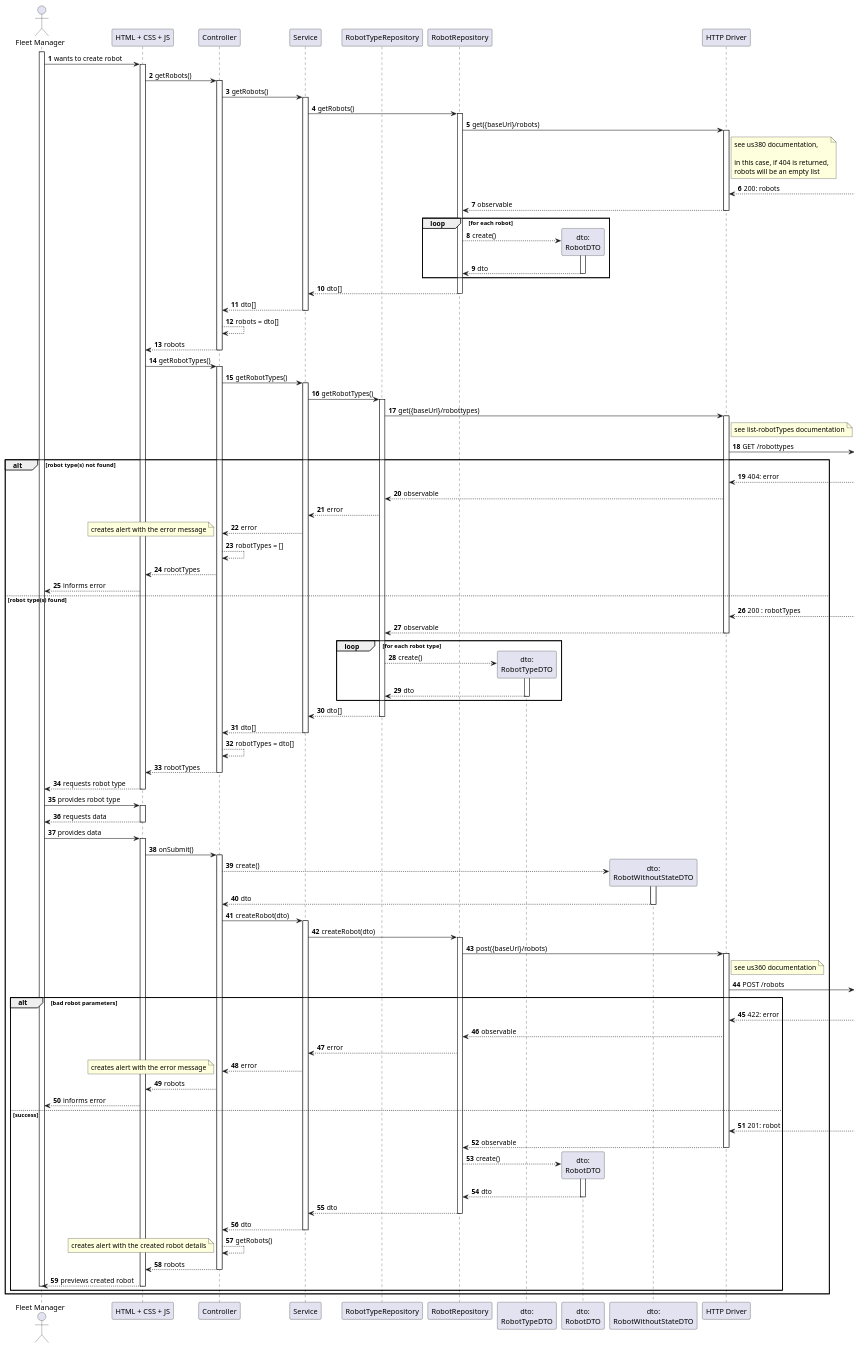
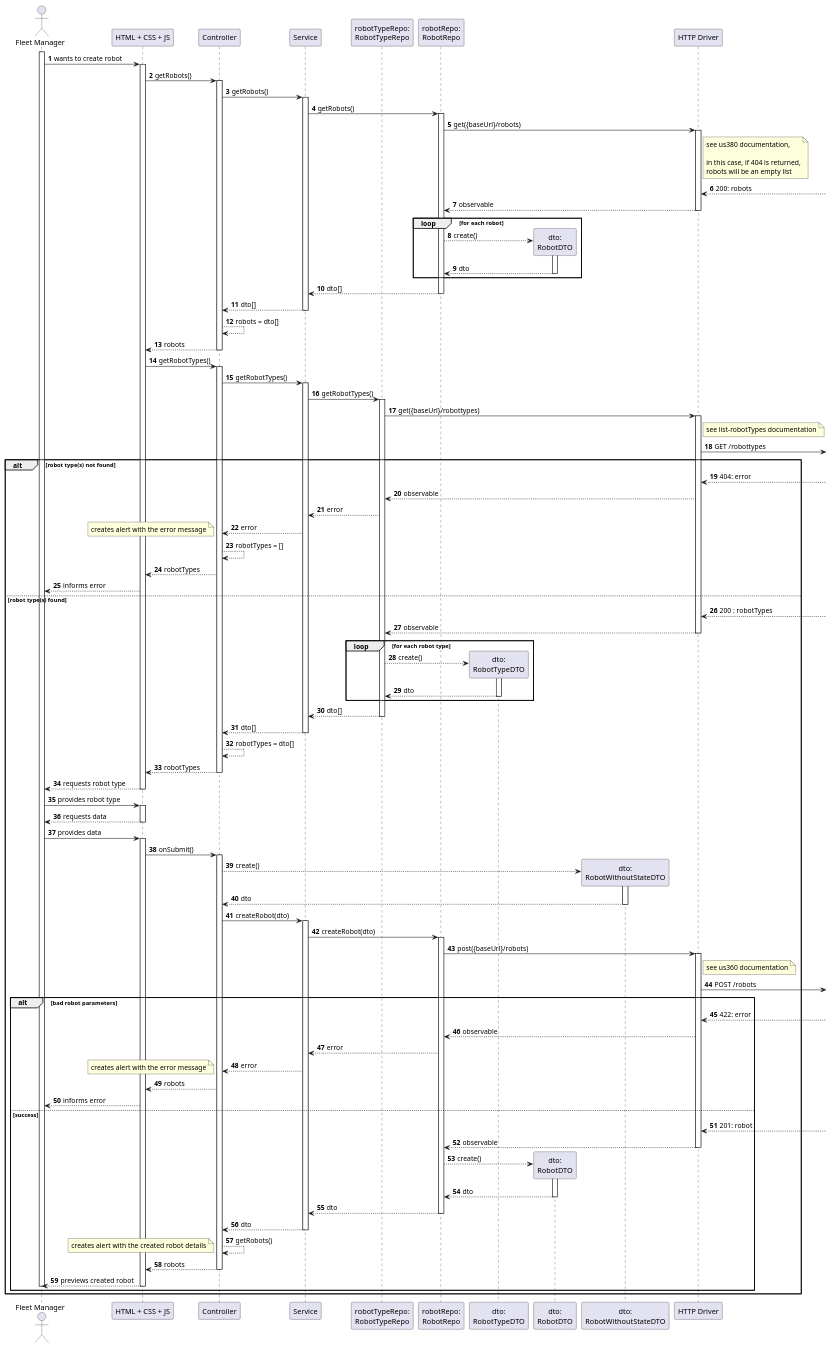
Before and after one commit to Departamento-de-Engenharia-Informatica/lapr5-23-24-g19: the diagram in docs/us1010/level3/process-view.puml, drawn with PlantUML. The commit also changed 1 other file, not shown here.

```diff
--- a/docs/us1010/level3/process-view.puml
+++ b/docs/us1010/level3/process-view.puml
@@ -1,136 +1,136 @@
 @startuml
 
 autonumber
 
 actor "Fleet Manager" as usr
 
 participant "HTML + CSS + JS" as view
 participant "Controller" as ctrl
 participant "Service" as svc
-participant "RobotTypeRepository" as t_repo
-participant "RobotRepository" as r_repo
+participant "robotTypeRepo:\nRobotTypeRepo" as t_repo
+participant "robotRepo:\nRobotRepo" as r_repo
 participant "dto:\nRobotTypeDTO" as t_dto
 participant "dto:\nRobotDTO" as r_dto
 participant "dto:\nRobotWithoutStateDTO" as rs_dto
 
 participant "HTTP Driver" as http
 
 activate usr
     usr -> view : wants to create robot
     activate view
         view -> ctrl : getRobots()
             activate ctrl
                 ctrl -> svc : getRobots()
                 activate svc
                     svc -> r_repo : getRobots()
                     activate r_repo 
                         r_repo -> http: get({baseUrl}/robots)
                         note right of http : see us380 documentation,\n\nin this case, if 404 is returned,\nrobots will be an empty list
                         activate http
                             http <--] : 200: robots
                             http --> r_repo : observable
                         deactivate http
                         loop for each robot 
                             r_repo --> r_dto** : create()
                             activate r_dto
                                 r_dto --> r_repo : dto
                             deactivate r_dto
                         end
                         r_repo --> svc : dto[]
                     deactivate r_repo
                     svc --> ctrl : dto[]
                 deactivate svc
                 ctrl --> ctrl : robots = dto[]
                 ctrl --> view : robots
             deactivate ctrl
         view -> ctrl : getRobotTypes()
         activate ctrl
             ctrl -> svc : getRobotTypes()
             activate svc
                 svc -> t_repo : getRobotTypes()
                 activate t_repo 
                     t_repo -> http: get({baseUrl}/robottypes)
                     note right of http : see list-robotTypes documentation
                     activate http
                         http ->] : GET /robottypes
 alt robot type(s) not found
                         http <--] : 404: error
                         http --> t_repo : observable
                         t_repo --> svc : error
                         svc --> ctrl : error
                         note left: creates alert with the error message
                         ctrl --> ctrl : robotTypes = []
                         ctrl --> view : robotTypes
                         view --> usr : informs error
 else robot type(s) found
                         http <--] : 200 : robotTypes
                         http --> t_repo : observable
                     deactivate http
                     loop for each robot type
                         t_repo --> t_dto** : create()
                         activate t_dto
                             t_dto --> t_repo : dto
                         deactivate t_dto
                     end
                     t_repo --> svc : dto[]
                 deactivate t_repo
                 svc --> ctrl : dto[]
             deactivate svc
             ctrl --> ctrl : robotTypes = dto[]
             ctrl --> view : robotTypes
         deactivate ctrl
         view --> usr : requests robot type
     deactivate view
 
     usr -> view : provides robot type
     activate view
         view --> usr : requests data
     deactivate view
 
     usr -> view : provides data
     activate view
         view -> ctrl : onSubmit()
         activate ctrl
             ctrl --> rs_dto** : create()
             activate rs_dto
                 rs_dto --> ctrl : dto
             deactivate rs_dto
             ctrl -> svc : createRobot(dto)
             activate svc
                 svc -> r_repo : createRobot(dto)
                 activate r_repo 
                     r_repo -> http: post({baseUrl}/robots)
                     activate http
                         note right of http : see us360 documentation
                         http ->] : POST /robots
 alt bad robot parameters
                         http <--] : 422: error
                         http --> r_repo : observable
                         r_repo --> svc : error
                         svc --> ctrl : error
                         note left: creates alert with the error message
                         ctrl --> view : robots
                         view --> usr : informs error
 else success
                         http <--] : 201: robot
                         http --> r_repo : observable
                     deactivate http
                     r_repo --> r_dto** : create()
                     activate r_dto
                         r_dto --> r_repo : dto
                     deactivate r_dto
                     r_repo --> svc : dto
                 deactivate r_repo 
                 svc --> ctrl : dto
             deactivate svc
             ctrl --> ctrl : getRobots()
             note left: creates alert with the created robot details
             ctrl --> view : robots
         deactivate ctrl
         view --> usr : previews created robot
     deactivate view
 deactivate usr
 end
 end
 
 @enduml
```
